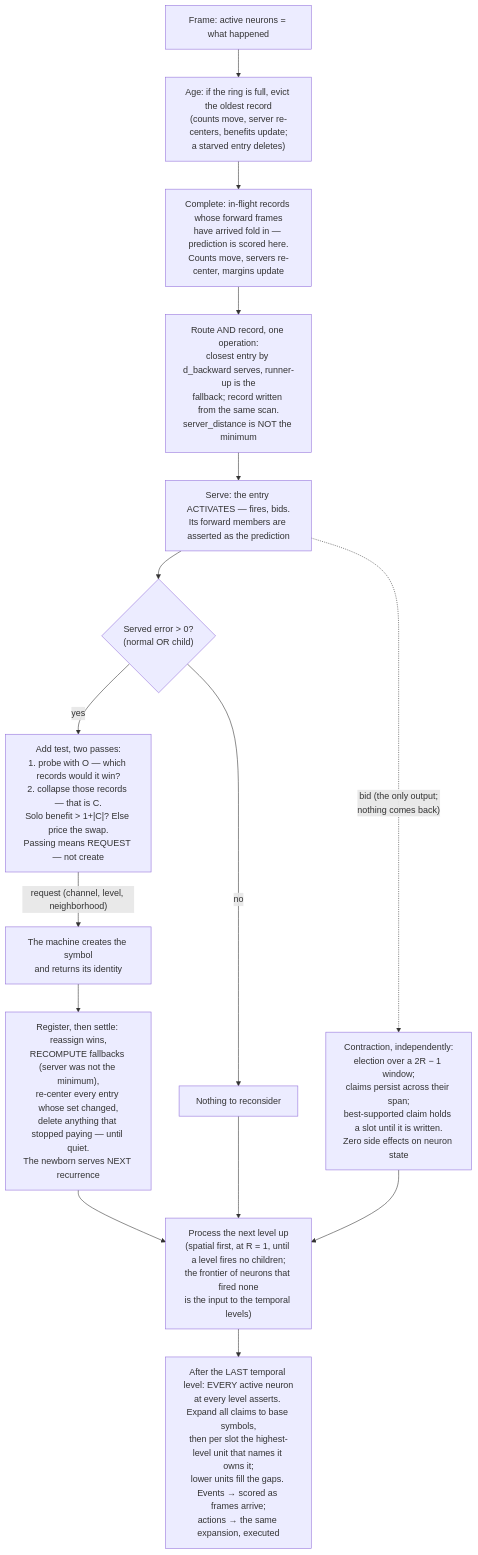
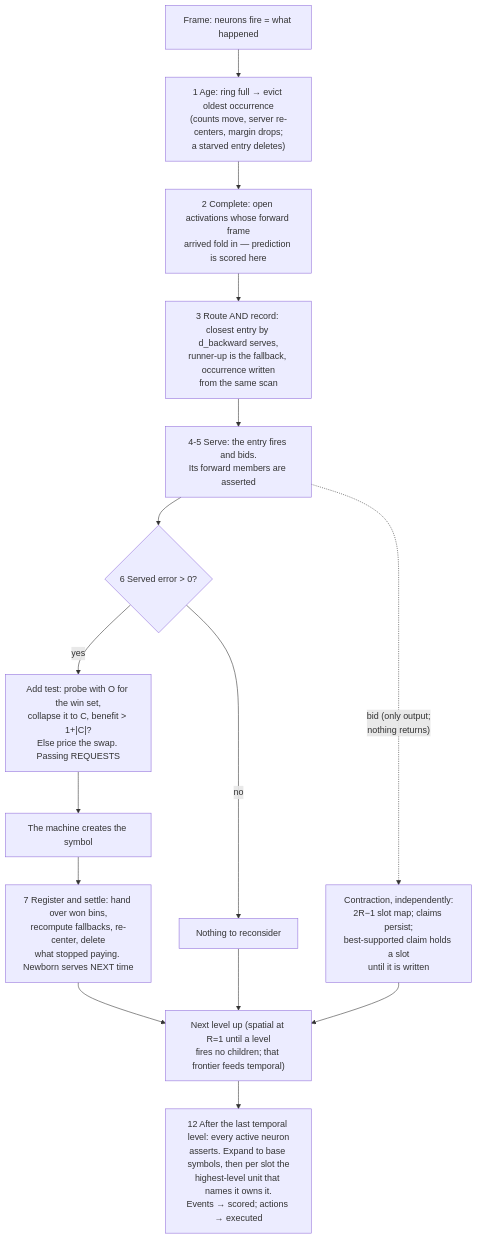
One commit to cucar/robot_brain changed the diagram in docs/algorithm.md. Above: the diagram before and after it, drawn with Mermaid. The commit also changed other lines of this file, not shown here.

````diff
--- a/docs/algorithm.md
+++ b/docs/algorithm.md
@@ -1063,17 +883,17 @@
 ```mermaid
 flowchart TD
-    A["Frame: active neurons = what happened"] --> B["Age: if the ring is full, evict the oldest record<br/>(counts move, server re-centers, benefits update;<br/>a starved entry deletes)"]
-    B --> C["Complete: in-flight records whose forward frames<br/>have arrived fold in — prediction is scored here.<br/>Counts move, servers re-center, margins update"]
-    C --> D["Route AND record, one operation:<br/>closest entry by d_backward serves, runner-up is the<br/>fallback; record written from the same scan.<br/>server_distance is NOT the minimum"]
-    D --> E["Serve: the entry ACTIVATES — fires, bids.<br/>Its forward members are asserted as the prediction"]
-    E -.->|"bid (the only output;<br/>nothing comes back)"| X["Contraction, independently:<br/>election over a 2R − 1 window;<br/>claims persist across their span;<br/>best-supported claim holds a slot until it is written.<br/>Zero side effects on neuron state"]
-    E --> L{"Served error > 0?<br/>(normal OR child)"}
-    L -->|yes| M["Add test, two passes:<br/>1. probe with O — which records would it win?<br/>2. collapse those records — that is C.<br/>Solo benefit > 1+|C|? Else price the swap.<br/>Passing means REQUEST — not create"]
-    M -->|"request (channel, level, neighborhood)"| P["The machine creates the symbol<br/>and returns its identity"]
-    P --> Q["Register, then settle: reassign wins,<br/>RECOMPUTE fallbacks (server was not the minimum),<br/>re-center every entry whose set changed,<br/>delete anything that stopped paying — until quiet.<br/>The newborn serves NEXT recurrence"]
+    A["Frame: neurons fire = what happened"] --> B["1 Age: ring full → evict oldest occurrence<br/>(counts move, server re-centers, margin drops;<br/>a starved entry deletes)"]
+    B --> C["2 Complete: open activations whose forward frame<br/>arrived fold in — prediction is scored here"]
+    C --> D["3 Route AND record: closest entry by d_backward serves,<br/>runner-up is the fallback, occurrence written<br/>from the same scan"]
+    D --> E["4-5 Serve: the entry fires and bids.<br/>Its forward members are asserted"]
+    E -.->|"bid (only output;<br/>nothing returns)"| X["Contraction, independently:<br/>2R−1 slot map; claims persist;<br/>best-supported claim holds a slot<br/>until it is written"]
+    E --> L{"6 Served error > 0?"}
+    L -->|yes| M["Add test: probe with O for the win set,<br/>collapse it to C, benefit > 1+|C|?<br/>Else price the swap. Passing REQUESTS"]
+    M --> P["The machine creates the symbol"]
+    P --> Q["7 Register and settle: hand over won bins,<br/>recompute fallbacks, re-center, delete<br/>what stopped paying. Newborn serves NEXT time"]
     L -->|no| N["Nothing to reconsider"]
-    Q --> O["Process the next level up<br/>(spatial first, at R = 1, until a level fires no children;<br/>the frontier of neurons that fired none<br/>is the input to the temporal levels)"]
+    Q --> O["Next level up (spatial at R=1 until a level<br/>fires no children; that frontier feeds temporal)"]
     N --> O
     X --> O
-    O --> Y["After the LAST temporal level: EVERY active neuron<br/>at every level asserts. Expand all claims to base symbols,<br/>then per slot the highest-level unit that names it owns it;<br/>lower units fill the gaps. Events → scored as frames arrive;<br/>actions → the same expansion, executed"]
+    O --> Y["12 After the last temporal level: every active neuron<br/>asserts. Expand to base symbols, then per slot the<br/>highest-level unit that names it owns it.<br/>Events → scored; actions → executed"]
 ```
````
